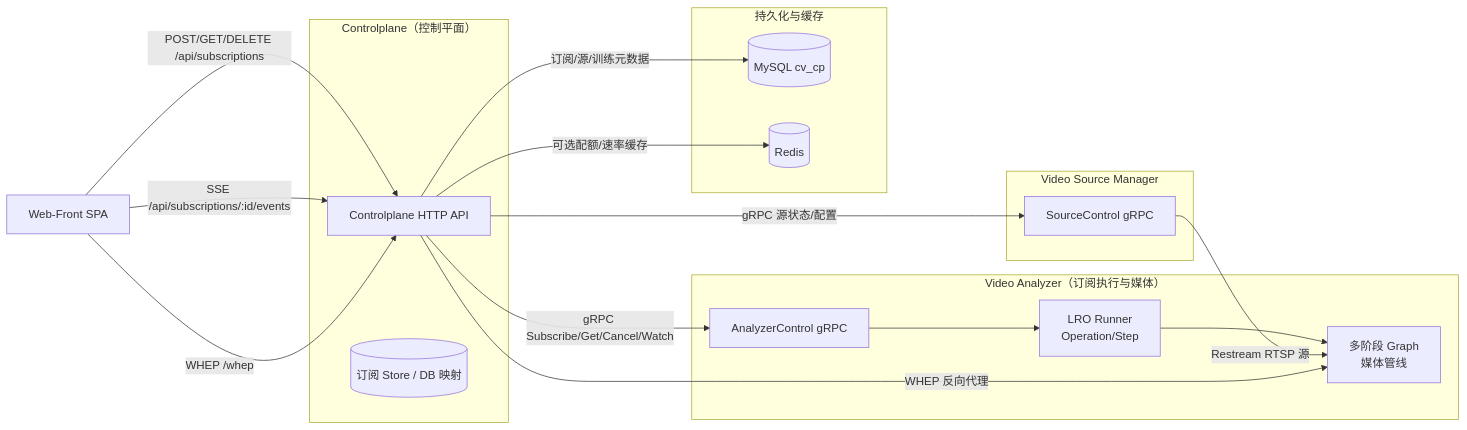
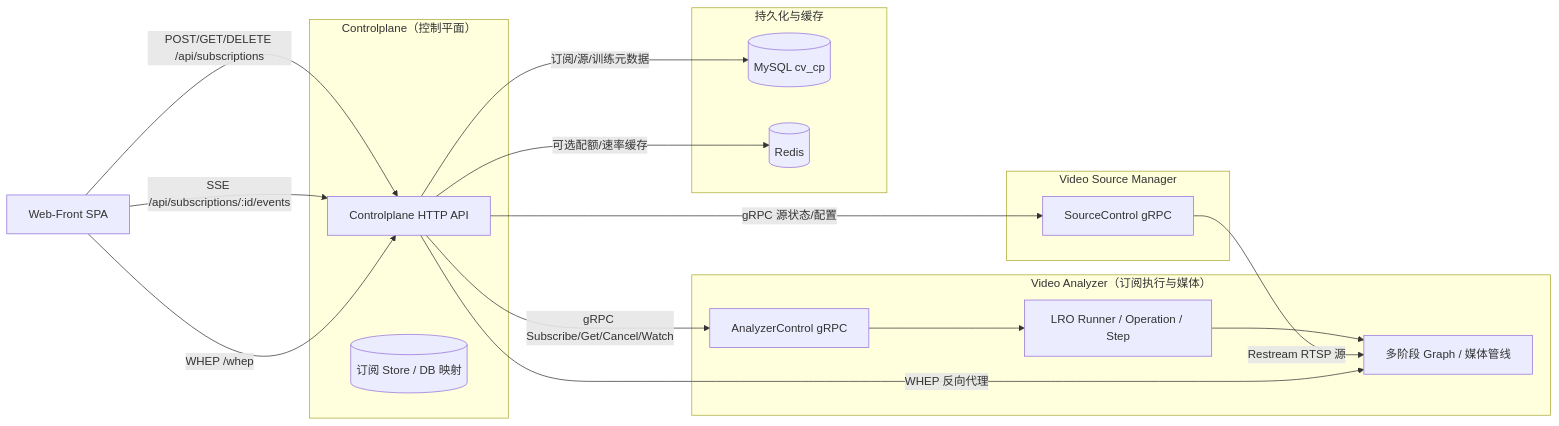
Before and after one commit to claudehotline-cn/cv: the second of 2 diagrams in docs/design/architecture/整体架构设计.md, drawn with Mermaid. The commit also changed other lines of this file and 7 other files, not shown here.

````diff
--- a/docs/design/architecture/整体架构设计.md
+++ b/docs/design/architecture/整体架构设计.md
@@ -166,38 +166,38 @@
 ```mermaid
 flowchart LR
   WEB[Web-Front SPA] -->|"POST/GET/DELETE /api/subscriptions"| CP[Controlplane HTTP API]
   WEB -->|"SSE /api/subscriptions/:id/events"| CP
   WEB -->|"WHEP /whep"| CP
 
   subgraph CP_ZONE["Controlplane（控制平面）"]
     CP
     STORE[(订阅 Store / DB 映射)]
   end
 
   subgraph VA_ZONE["Video Analyzer（订阅执行与媒体）"]
     VAAPI[AnalyzerControl gRPC]
-    LRO[LRO Runner<br>Operation/Step]
-    PIPE[多阶段 Graph<br>媒体管线]
+    LRO[LRO Runner / Operation / Step]
+    PIPE[多阶段 Graph / 媒体管线]
   end
 
   subgraph VSM_ZONE["Video Source Manager"]
     VSM[SourceControl gRPC]
   end
 
   subgraph DATA["持久化与缓存"]
     DB[(MySQL cv_cp)]
     REDIS[(Redis)]
   end
 
   CP -->|gRPC Subscribe/Get/Cancel/Watch| VAAPI
   VAAPI --> LRO
   LRO --> PIPE
 
   CP -->|gRPC 源状态/配置| VSM
   VSM -->|Restream RTSP 源| PIPE
 
   CP -->|订阅/源/训练元数据| DB
   CP -->|可选配额/速率缓存| REDIS
 
   CP -->|WHEP 反向代理| PIPE
 ```
````
